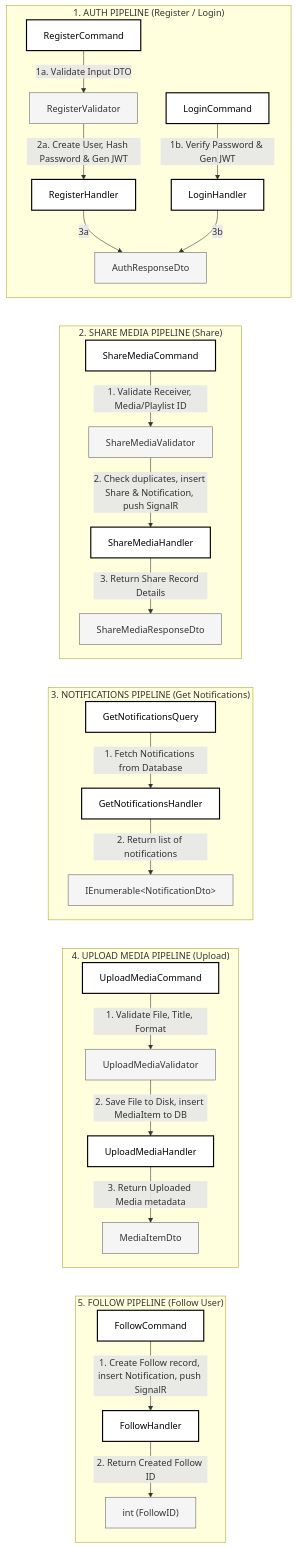
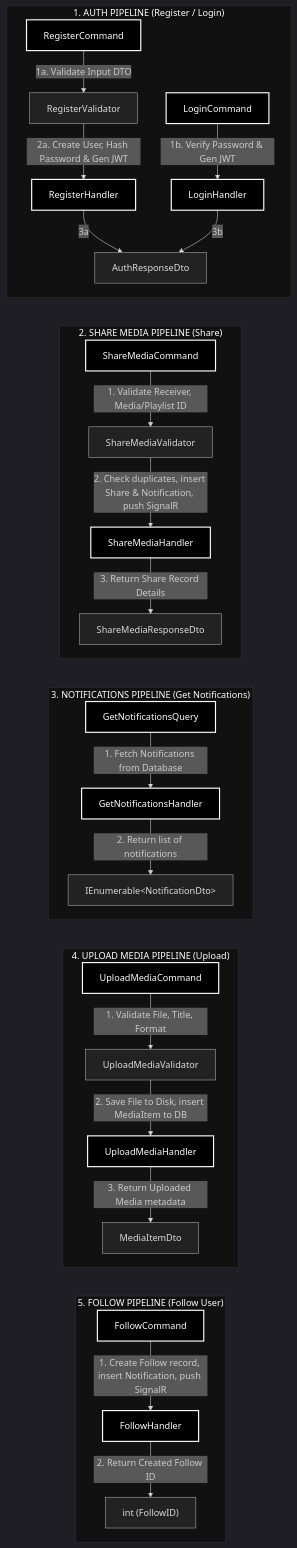
One commit to winnterrne/CSharp changed the diagram in Backend/pipeline_box.mmd. Above: the diagram before and after it, drawn with Mermaid. The commit also changed 2 other files, not shown here.

Commit message:
docs: change pipeline diagram background to black

```diff
--- a/Backend/pipeline_box.mmd
+++ b/Backend/pipeline_box.mmd
@@ -1,63 +1,70 @@
+%%{init: {'theme': 'dark'}}%%
 graph TD
     subgraph auth ["1. AUTH PIPELINE (Register / Login)"]
         RC[RegisterCommand] -->|1a. Validate Input DTO| RV[RegisterValidator]
         RV -->|2a. Create User, Hash Password & Gen JWT| RH[RegisterHandler]
         
         LC[LoginCommand] -->|1b. Verify Password & Gen JWT| LH[LoginHandler]
         
         RH -->|3a| RD[AuthResponseDto]
         LH -->|3b| RD
     end
 
     subgraph share ["2. SHARE MEDIA PIPELINE (Share)"]
         SC[ShareMediaCommand] -->|1. Validate Receiver, Media/Playlist ID| SV[ShareMediaValidator]
         SV -->|2. Check duplicates, insert Share & Notification, push SignalR| SH[ShareMediaHandler]
         SH -->|3. Return Share Record Details| SD[ShareMediaResponseDto]
     end
 
     subgraph notifications ["3. NOTIFICATIONS PIPELINE (Get Notifications)"]
         NC[GetNotificationsQuery] -->|1. Fetch Notifications from Database| NH[GetNotificationsHandler]
         NH -->|2. Return list of notifications| ND["IEnumerable&lt;NotificationDto&gt;"]
     end
 
     subgraph upload ["4. UPLOAD MEDIA PIPELINE (Upload)"]
         UC[UploadMediaCommand] -->|1. Validate File, Title, Format| UV[UploadMediaValidator]
         UV -->|2. Save File to Disk, insert MediaItem to DB| UH[UploadMediaHandler]
         UH -->|3. Return Uploaded Media metadata| UD[MediaItemDto]
     end
 
     subgraph follow ["5. FOLLOW PIPELINE (Follow User)"]
         FC[FollowCommand] -->|1. Create Follow record, insert Notification, push SignalR| FH[FollowHandler]
         FH -->|2. Return Created Follow ID| FD["int (FollowID)"]
     end
 
     %% Invisible links to force vertical stacking in correct order (1, 2, 3, 4, 5)
     RD ~~~ SC
     SD ~~~ NC
     ND ~~~ UC
     UD ~~~ FC
 
-    style RC fill:#ffffff,stroke:#000000,stroke-width:2px,color:#000
-    style RV fill:#f5f5f5,stroke:#666666,stroke-width:1px,color:#333
-    style RH fill:#ffffff,stroke:#000000,stroke-width:2px,color:#000
-    style LC fill:#ffffff,stroke:#000000,stroke-width:2px,color:#000
-    style LH fill:#ffffff,stroke:#000000,stroke-width:2px,color:#000
-    style RD fill:#f5f5f5,stroke:#666666,stroke-width:1px,color:#333
+    style auth fill:#111111,stroke:#333333,stroke-width:1px,color:#ffffff
+    style share fill:#111111,stroke:#333333,stroke-width:1px,color:#ffffff
+    style notifications fill:#111111,stroke:#333333,stroke-width:1px,color:#ffffff
+    style upload fill:#111111,stroke:#333333,stroke-width:1px,color:#ffffff
+    style follow fill:#111111,stroke:#333333,stroke-width:1px,color:#ffffff
 
-    style SC fill:#ffffff,stroke:#000000,stroke-width:2px,color:#000
-    style SV fill:#f5f5f5,stroke:#666666,stroke-width:1px,color:#333
-    style SH fill:#ffffff,stroke:#000000,stroke-width:2px,color:#000
-    style SD fill:#f5f5f5,stroke:#666666,stroke-width:1px,color:#333
+    style RC fill:#000000,stroke:#ffffff,stroke-width:2px,color:#ffffff
+    style RV fill:#222222,stroke:#aaaaaa,stroke-width:1px,color:#dddddd
+    style RH fill:#000000,stroke:#ffffff,stroke-width:2px,color:#ffffff
+    style LC fill:#000000,stroke:#ffffff,stroke-width:2px,color:#ffffff
+    style LH fill:#000000,stroke:#ffffff,stroke-width:2px,color:#ffffff
+    style RD fill:#222222,stroke:#aaaaaa,stroke-width:1px,color:#dddddd
 
-    style NC fill:#ffffff,stroke:#000000,stroke-width:2px,color:#000
-    style NH fill:#ffffff,stroke:#000000,stroke-width:2px,color:#000
-    style ND fill:#f5f5f5,stroke:#666666,stroke-width:1px,color:#333
+    style SC fill:#000000,stroke:#ffffff,stroke-width:2px,color:#ffffff
+    style SV fill:#222222,stroke:#aaaaaa,stroke-width:1px,color:#dddddd
+    style SH fill:#000000,stroke:#ffffff,stroke-width:2px,color:#ffffff
+    style SD fill:#222222,stroke:#aaaaaa,stroke-width:1px,color:#dddddd
 
-    style UC fill:#ffffff,stroke:#000000,stroke-width:2px,color:#000
-    style UV fill:#f5f5f5,stroke:#666666,stroke-width:1px,color:#333
-    style UH fill:#ffffff,stroke:#000000,stroke-width:2px,color:#000
-    style UD fill:#f5f5f5,stroke:#666666,stroke-width:1px,color:#333
+    style NC fill:#000000,stroke:#ffffff,stroke-width:2px,color:#ffffff
+    style NH fill:#000000,stroke:#ffffff,stroke-width:2px,color:#ffffff
+    style ND fill:#222222,stroke:#aaaaaa,stroke-width:1px,color:#dddddd
 
-    style FC fill:#ffffff,stroke:#000000,stroke-width:2px,color:#000
-    style FH fill:#ffffff,stroke:#000000,stroke-width:2px,color:#000
-    style FD fill:#f5f5f5,stroke:#666666,stroke-width:1px,color:#333
+    style UC fill:#000000,stroke:#ffffff,stroke-width:2px,color:#ffffff
+    style UV fill:#222222,stroke:#aaaaaa,stroke-width:1px,color:#dddddd
+    style UH fill:#000000,stroke:#ffffff,stroke-width:2px,color:#ffffff
+    style UD fill:#222222,stroke:#aaaaaa,stroke-width:1px,color:#dddddd
+
+    style FC fill:#000000,stroke:#ffffff,stroke-width:2px,color:#ffffff
+    style FH fill:#000000,stroke:#ffffff,stroke-width:2px,color:#ffffff
+    style FD fill:#222222,stroke:#aaaaaa,stroke-width:1px,color:#dddddd
```
